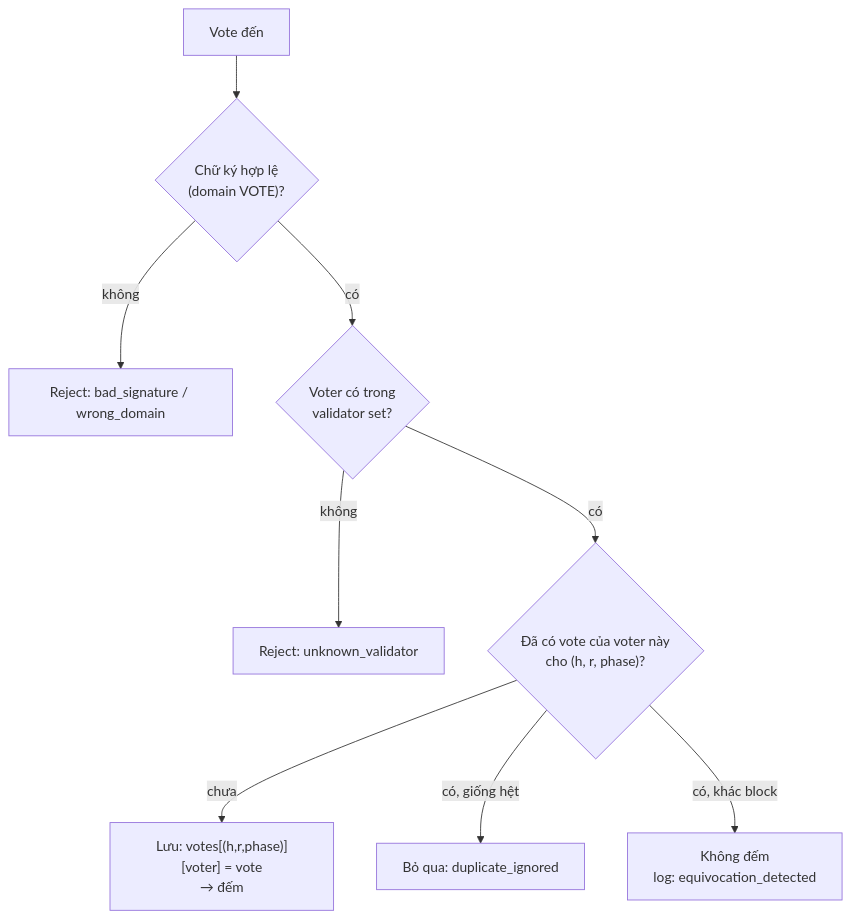
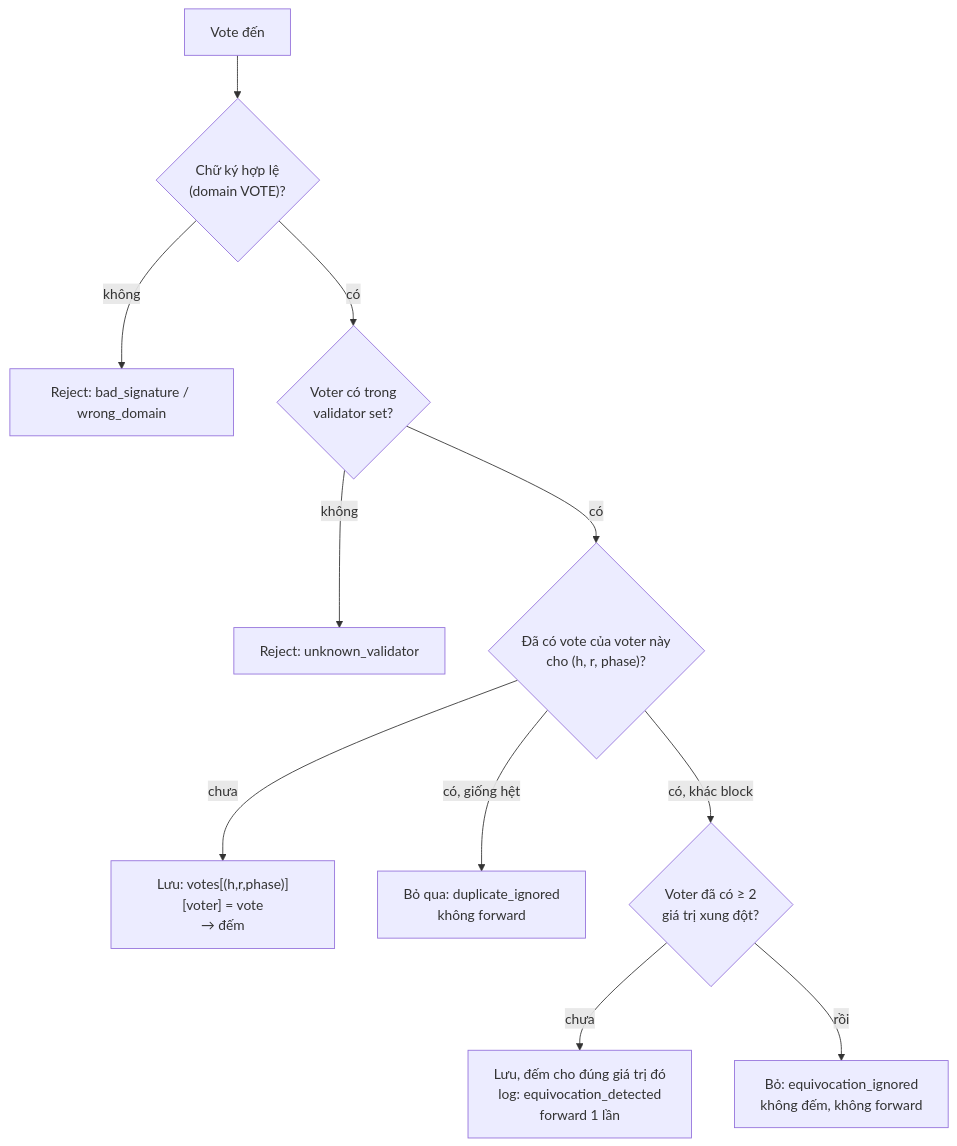
Before and after one commit to clgp-aint-cool/blockchain-lab01: diagram 30 of 43 in docs/CONCEPT_GUIDE.md, drawn with Mermaid. The commit also changed other lines of this file and 6 other files, not shown here.

````diff
--- a/docs/CONCEPT_GUIDE.md
+++ b/docs/CONCEPT_GUIDE.md
@@ -887,11 +887,13 @@
 ```mermaid
 flowchart TD
     A["Vote đến"] --> B{"Chữ ký hợp lệ<br/>(domain VOTE)?"}
     B -- không --> R1["Reject: bad_signature / wrong_domain"]
     B -- có --> C{"Voter có trong<br/>validator set?"}
     C -- không --> R2["Reject: unknown_validator"]
     C -- có --> D{"Đã có vote của voter này<br/>cho (h, r, phase)?"}
     D -- "chưa" --> ADD["Lưu: votes[(h,r,phase)][voter] = vote<br/>→ đếm"]
-    D -- "có, giống hệt" --> DUP["Bỏ qua: duplicate_ignored"]
-    D -- "có, khác block" --> EQ["Không đếm<br/>log: equivocation_detected"]
+    D -- "có, giống hệt" --> DUP["Bỏ qua: duplicate_ignored<br/>không forward"]
+    D -- "có, khác block" --> EQ{"Voter đã có ≥ 2<br/>giá trị xung đột?"}
+    EQ -- "chưa" --> EQC["Lưu, đếm cho đúng giá trị đó<br/>log: equivocation_detected<br/>forward 1 lần"]
+    EQ -- "rồi" --> EQI["Bỏ: equivocation_ignored<br/>không đếm, không forward"]
 ```
````
